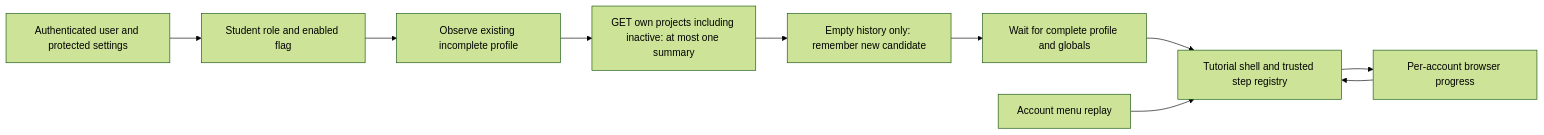
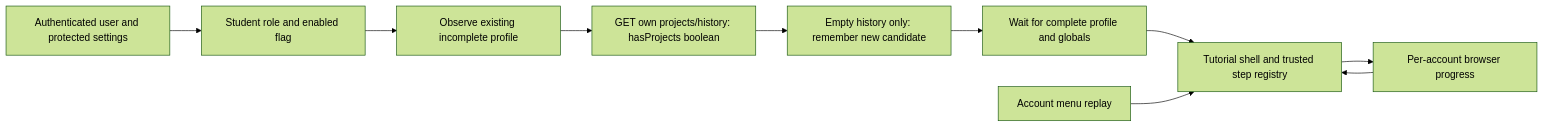
Before and after one commit to ontrack-features-t2-2026/doubtfire-web: the diagram in docs/student-onboarding/threat-model.md, drawn with Mermaid (forest theme). The commit also changed other lines of this file and 24 other files, not shown here.

````diff
--- a/docs/student-onboarding/threat-model.md
+++ b/docs/student-onboarding/threat-model.md
@@ -5,12 +5,12 @@
 ```mermaid
 flowchart LR
   A[Authenticated user and protected settings] --> B[Student role and enabled flag]
   B --> C[Observe existing incomplete profile]
-  C --> D[GET own projects including inactive: at most one summary]
+  C --> D[GET own projects/history: hasProjects boolean]
   D --> E[Empty history only: remember new candidate]
   E --> F[Wait for complete profile and globals]
   F --> G[Tutorial shell and trusted step registry]
   G --> H[Per-account browser progress]
   H --> G
   I[Account menu replay] --> G
 ```
````
